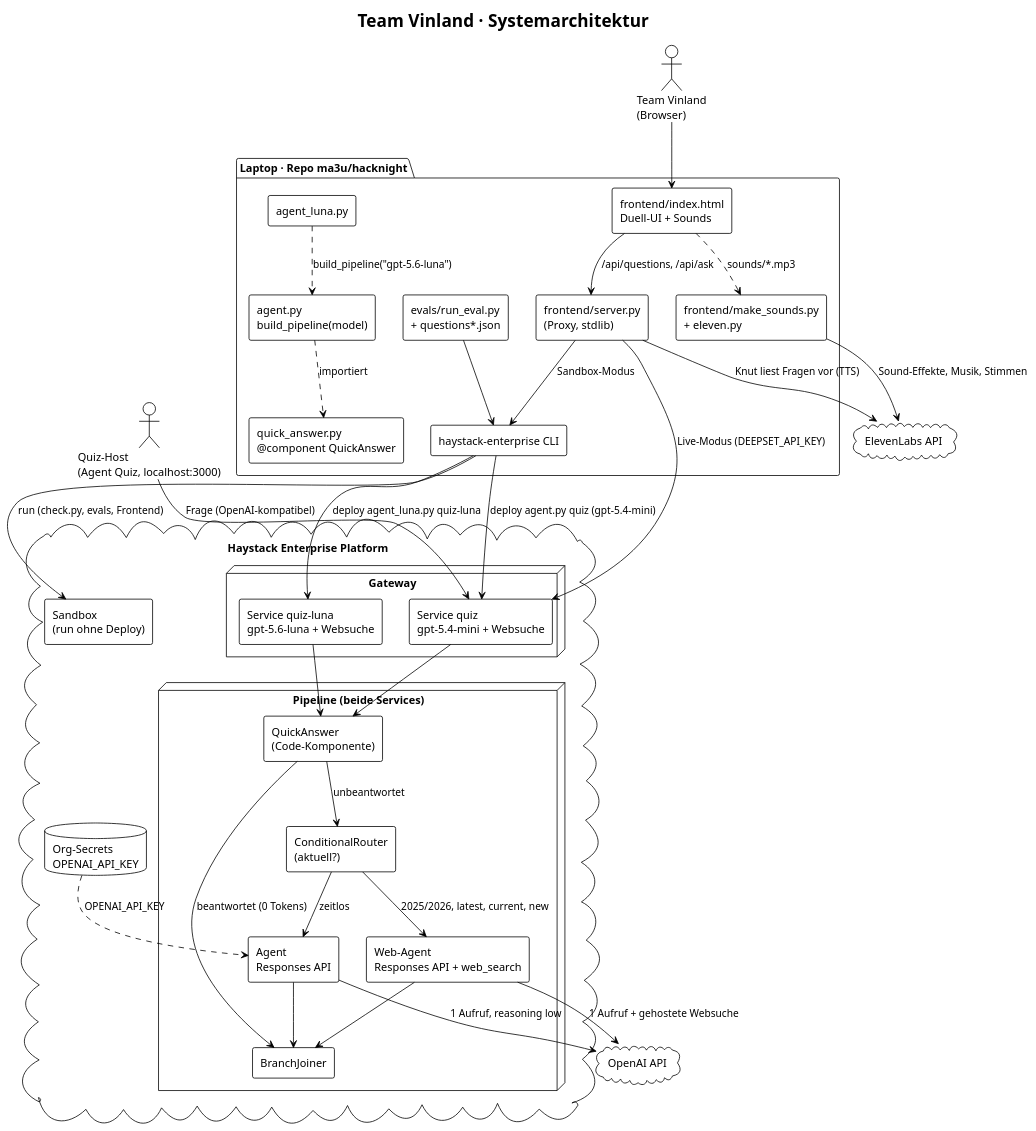
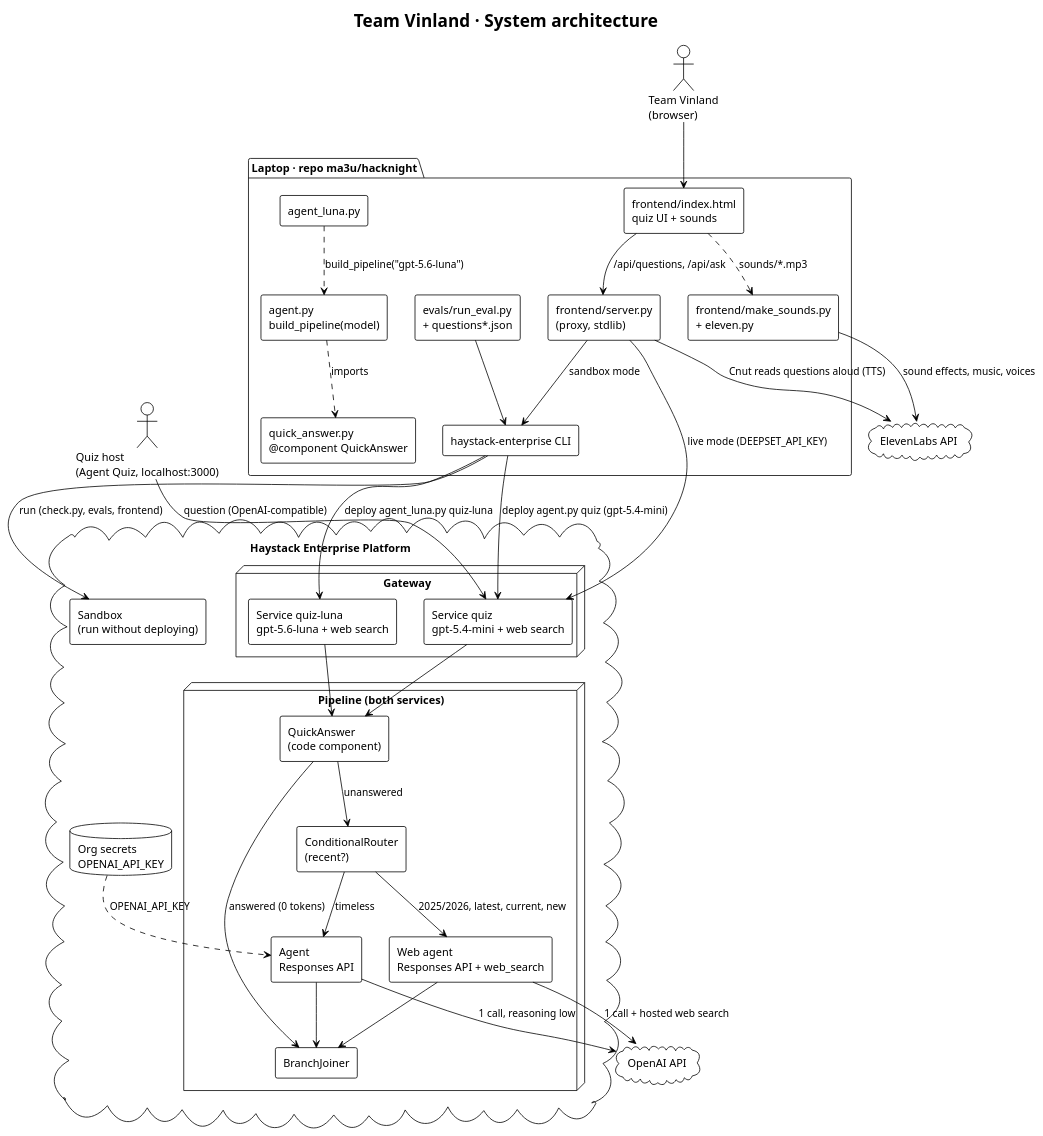
The first of 4 diagrams in docs/STRATEGY.md (ma3u/hacknight), drawn with PlantUML before and after one commit. The commit also changed other lines of this file and 21 other files, not shown here.

````diff
--- a/docs/STRATEGY.md
+++ b/docs/STRATEGY.md
@@ -30,68 +30,68 @@
 ```plantuml
 @startuml architecture
 !theme plain
 skinparam componentStyle rectangle
 skinparam shadowing false
-title Team Vinland · Systemarchitektur
+title Team Vinland · System architecture
 
-actor "Quiz-Host\n(Agent Quiz, localhost:3000)" as Host
-actor "Team Vinland\n(Browser)" as Team
+actor "Quiz host\n(Agent Quiz, localhost:3000)" as Host
+actor "Team Vinland\n(browser)" as Team
 
-package "Laptop · Repo ma3u/hacknight" {
+package "Laptop · repo ma3u/hacknight" {
   [agent.py\nbuild_pipeline(model)] as AgentPy
   [agent_luna.py] as LunaPy
   [quick_answer.py\n@component QuickAnswer] as QA
   [evals/run_eval.py\n+ questions*.json] as Evals
-  [frontend/server.py\n(Proxy, stdlib)] as Server
-  [frontend/index.html\nDuell-UI + Sounds] as UI
+  [frontend/server.py\n(proxy, stdlib)] as Server
+  [frontend/index.html\nquiz UI + sounds] as UI
   [frontend/make_sounds.py\n+ eleven.py] as Sounds
   [haystack-enterprise CLI] as CLI
 }
 
 cloud "Haystack Enterprise Platform" {
   node "Gateway" {
-    [Service quiz\ngpt-5.4-mini + Websuche] as SvcQuiz
-    [Service quiz-luna\ngpt-5.6-luna + Websuche] as SvcLuna
+    [Service quiz\ngpt-5.4-mini + web search] as SvcQuiz
+    [Service quiz-luna\ngpt-5.6-luna + web search] as SvcLuna
   }
-  node "Pipeline (beide Services)" {
-    [QuickAnswer\n(Code-Komponente)] as PQA
-    [ConditionalRouter\n(aktuell?)] as PRouter
+  node "Pipeline (both services)" {
+    [QuickAnswer\n(code component)] as PQA
+    [ConditionalRouter\n(recent?)] as PRouter
     [Agent\nResponses API] as PAgent
-    [Web-Agent\nResponses API + web_search] as PWeb
+    [Web agent\nResponses API + web_search] as PWeb
     [BranchJoiner] as PJoin
   }
-  [Sandbox\n(run ohne Deploy)] as Sandbox
-  database "Org-Secrets\nOPENAI_API_KEY" as Secrets
+  [Sandbox\n(run without deploying)] as Sandbox
+  database "Org secrets\nOPENAI_API_KEY" as Secrets
 }
 
 cloud "OpenAI API" as OpenAI
 cloud "ElevenLabs API" as Eleven
 
-AgentPy ..> QA : importiert
+AgentPy ..> QA : imports
 LunaPy ..> AgentPy : build_pipeline("gpt-5.6-luna")
 CLI --> SvcQuiz : deploy agent.py quiz (gpt-5.4-mini)
 CLI --> SvcLuna : deploy agent_luna.py quiz-luna
-CLI --> Sandbox : run (check.py, evals, Frontend)
+CLI --> Sandbox : run (check.py, evals, frontend)
 Evals --> CLI
-Server --> CLI : Sandbox-Modus
-Server --> SvcQuiz : Live-Modus (DEEPSET_API_KEY)
+Server --> CLI : sandbox mode
+Server --> SvcQuiz : live mode (DEEPSET_API_KEY)
 UI --> Server : /api/questions, /api/ask
 Team --> UI
-Sounds --> Eleven : Sound-Effekte, Musik, Stimmen
-Server --> Eleven : Knut liest Fragen vor (TTS)
+Sounds --> Eleven : sound effects, music, voices
+Server --> Eleven : Cnut reads questions aloud (TTS)
 UI ..> Sounds : sounds/*.mp3
 
-Host --> SvcQuiz : Frage (OpenAI-kompatibel)
+Host --> SvcQuiz : question (OpenAI-compatible)
 SvcQuiz --> PQA
 SvcLuna --> PQA
-PQA --> PJoin : beantwortet (0 Tokens)
-PQA --> PRouter : unbeantwortet
-PRouter --> PAgent : zeitlos
+PQA --> PJoin : answered (0 tokens)
+PQA --> PRouter : unanswered
+PRouter --> PAgent : timeless
 PRouter --> PWeb : 2025/2026, latest, current, new
 PAgent --> PJoin
 PWeb --> PJoin
-PAgent --> OpenAI : 1 Aufruf, reasoning low
-PWeb --> OpenAI : 1 Aufruf + gehostete Websuche
+PAgent --> OpenAI : 1 call, reasoning low
+PWeb --> OpenAI : 1 call + hosted web search
 Secrets ..> PAgent : OPENAI_API_KEY
 @enduml
 ```
````
